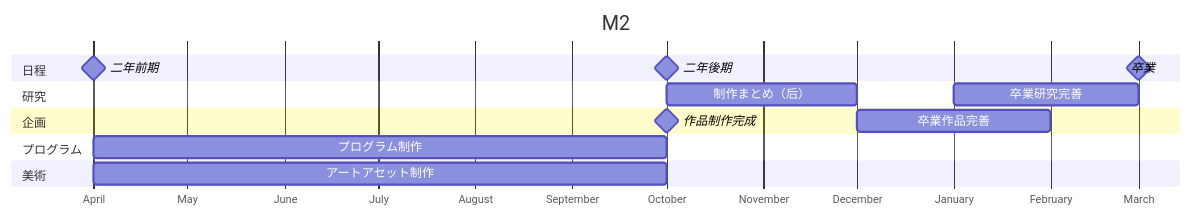
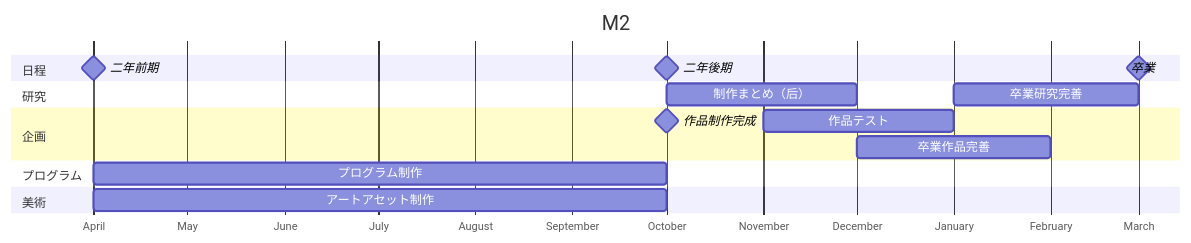
One commit to Kairitsuhou/digitalgarden changed the third of 3 diagrams in src/site/notes/900.Publish/デジタルゲームにおける「視覚空間」デザイン研究：＜多視点＞の表現技法を中心に.md. Above: the diagram before and after it, drawn with Mermaid. The commit also changed other lines of this file and 22 other files, not shown here.

````diff
--- a/src/site/notes/900.Publish/デジタルゲームにおける「視覚空間」デザイン研究：＜多視点＞の表現技法を中心に.md
+++ b/src/site/notes/900.Publish/デジタルゲームにおける「視覚空間」デザイン研究：＜多視点＞の表現技法を中心に.md
@@ -151,29 +152,30 @@
 ```mermaid
 ---
 displayMode: compact 
 ---
 gantt
 	title M2
     dateFormat YYYY-MM
     axisFormat %B
 	
 	section 日程
 	二年前期:milestone,2026-04,0d
 	二年後期:milestone,2026-10,0d
 	卒業:milestone,2027-03,0d
 	
 	section 研究
 	制作まとめ（后）:2026-10,2M
 	卒業研究完善:2027-01,2M
 	
 	section 企画
 	作品制作完成:milestone,2026-10,0d
-	卒業作品完善:k2,2026-12,2M
+	作品テスト:k2,2026-11,2M
+	卒業作品完善:k3,2026-12,2M
 	
 	section プログラム
 	プログラム制作:2026-04,6M
 	
 	section 美術
 	アートアセット制作:2026-04,6M
 	
 ```
````
